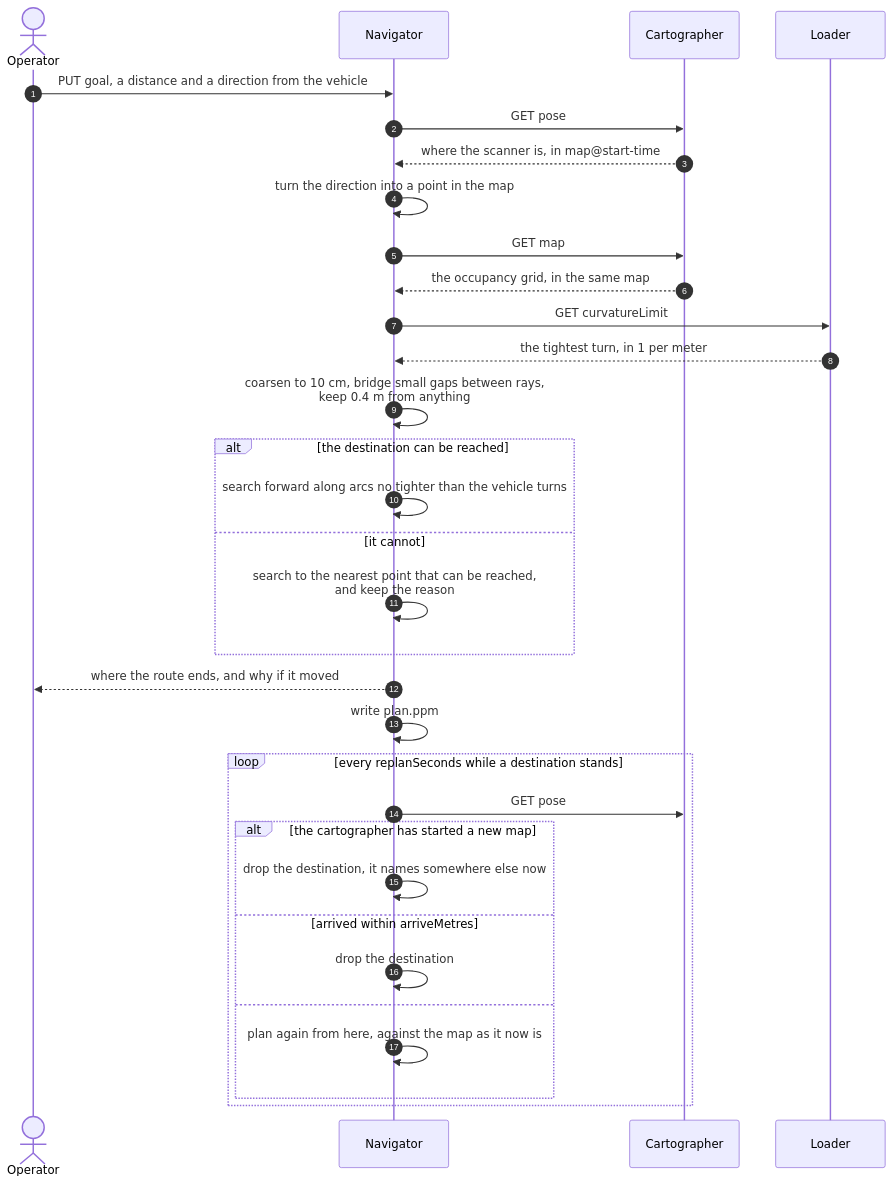
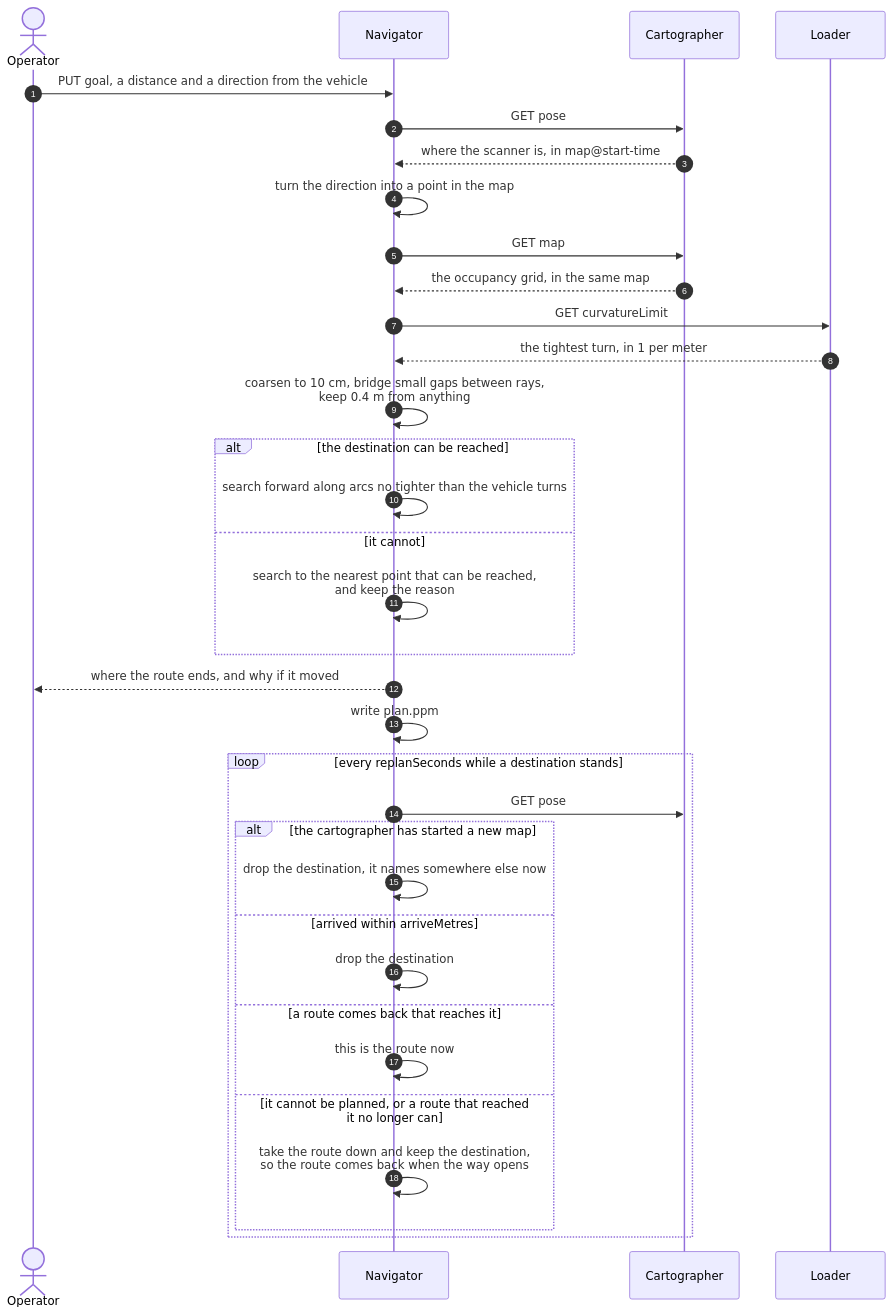
One commit to gabaxh/systems changed the diagram in navigator/README.md. Above: the diagram before and after it, drawn with Mermaid. The commit also changed other lines of this file and 25 other files, not shown here.

````diff
--- a/navigator/README.md
+++ b/navigator/README.md
@@ -82,37 +88,39 @@
 ```mermaid
 sequenceDiagram
     autonumber
     actor Operator
     participant N as Navigator
     participant C as Cartographer
     participant L as Loader
 
     Operator->>N: PUT goal, a distance and a direction from the vehicle
     N->>C: GET pose
     C-->>N: where the scanner is, in map@start-time
     N->>N: turn the direction into a point in the map
     N->>C: GET map
     C-->>N: the occupancy grid, in the same map
     N->>L: GET curvatureLimit
     L-->>N: the tightest turn, in 1 per meter
 
     N->>N: coarsen to 10 cm, bridge small gaps between rays,<br/>keep 0.4 m from anything
     alt the destination can be reached
         N->>N: search forward along arcs no tighter than the vehicle turns
     else it cannot
         N->>N: search to the nearest point that can be reached,<br/>and keep the reason
     end
     N-->>Operator: where the route ends, and why if it moved
     N->>N: write plan.ppm
 
     loop every replanSeconds while a destination stands
         N->>C: GET pose
         alt the cartographer has started a new map
             N->>N: drop the destination, it names somewhere else now
         else arrived within arriveMetres
             N->>N: drop the destination
-        else
-            N->>N: plan again from here, against the map as it now is
+        else a route comes back that reaches it
+            N->>N: this is the route now
+        else it cannot be planned, or a route that reached it no longer can
+            N->>N: take the route down and keep the destination,<br/>so the route comes back when the way opens
         end
     end
 ```
````
